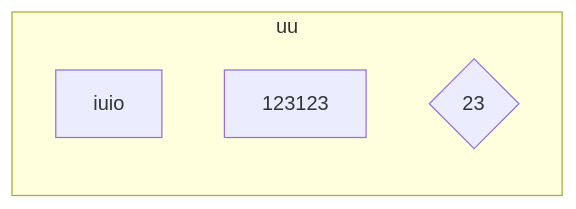
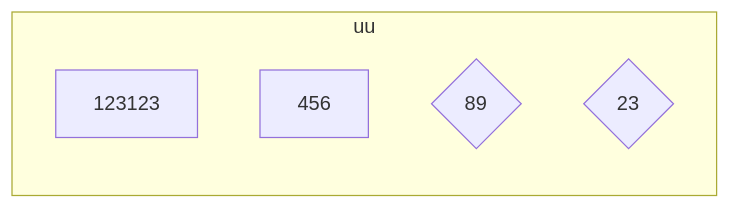
One commit to pingpm/mermaid_vault changed the diagram in mmd/test_84b92440-cb4f-4cf1-a801-4a0af98297f6.mmd. Above: the diagram before and after it, drawn with Mermaid. The commit also changed 2 other files, not shown here.

Commit message:
Sync Mermaid Studio data (11 diagrams)

```diff
--- a/mmd/test_84b92440-cb4f-4cf1-a801-4a0af98297f6.mmd
+++ b/mmd/test_84b92440-cb4f-4cf1-a801-4a0af98297f6.mmd
@@ -1,6 +1,7 @@
 graph LR
   subgraph lane_de74ea9c_9b52_4f58_b8e2_a9eec44c9aed["uu"]
-    t_cf99de01_8763_43a8_92f4_735e26e539d8["iuio"]
     t_be87b2c9_55ef_4791_8adb_6bb9ab35f062["123123"]
+    t_10273d92_288b_41c4_b78c_3b4d08e9af8f["456"]
+    t_670379e5_44ea_4f3e_aee0_d029f69378f0{"89"}
     t_13a3d5f8_1df1_440d_bcc6_69e2a282aec1{"23"}
   end
```
